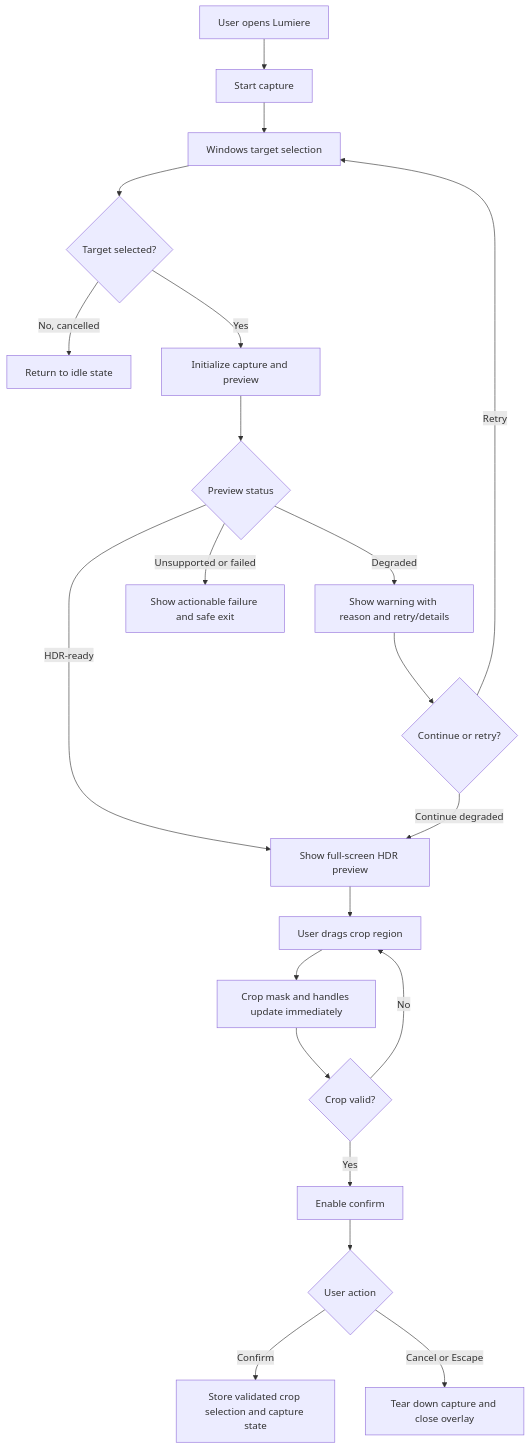
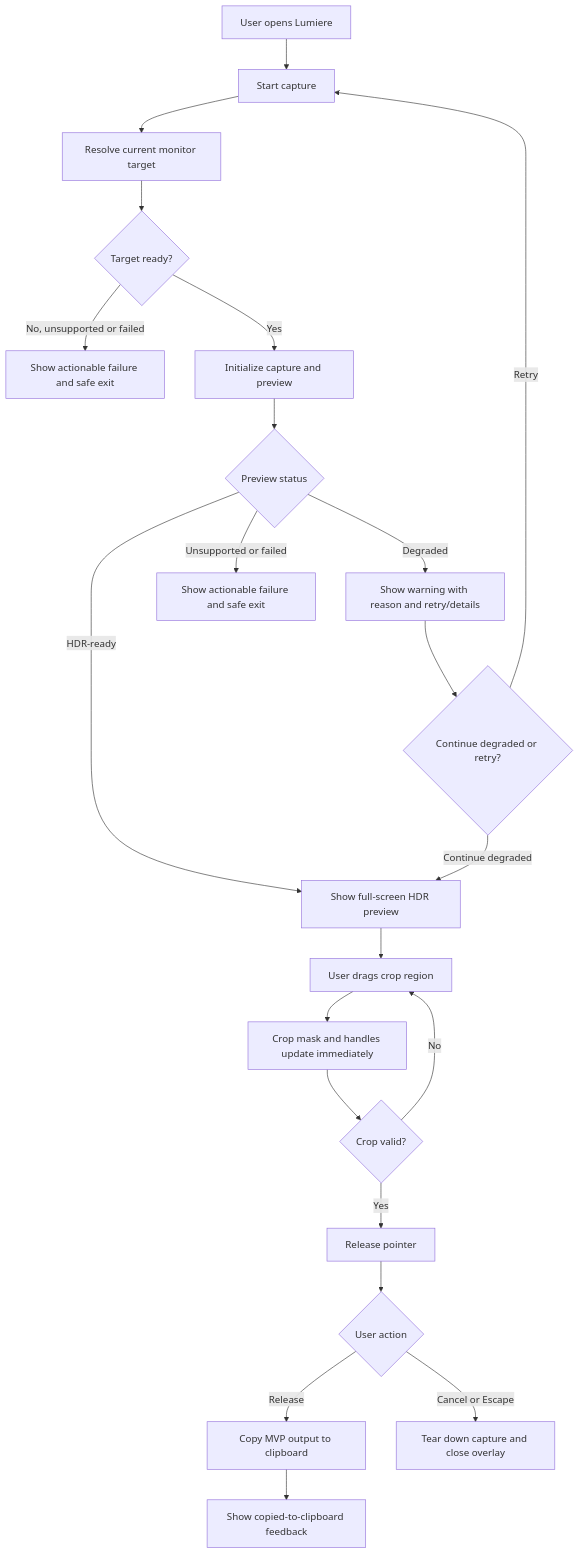
Before and after one commit to Mournerliao/lumiere: the first of 4 diagrams in _bmad-output/planning-artifacts/ux-design-specification.md, drawn with Mermaid. The commit also changed other lines of this file and 14 other files, not shown here.

Commit message:
docs: rebaseline mvp roadmap

````diff
--- a/_bmad-output/planning-artifacts/ux-design-specification.md
+++ b/_bmad-output/planning-artifacts/ux-design-specification.md
@@ -687,23 +703,24 @@
 ```mermaid
 flowchart TD
     A["User opens Lumiere"] --> B["Start capture"]
-    B --> C["Windows target selection"]
-    C --> D{Target selected?}
-    D -- "No, cancelled" --> E["Return to idle state"]
+    B --> C["Resolve current monitor target"]
+    C --> D{Target ready?}
+    D -- "No, unsupported or failed" --> E["Show actionable failure and safe exit"]
     D -- "Yes" --> F["Initialize capture and preview"]
     F --> G{Preview status}
     G -- "HDR-ready" --> H["Show full-screen HDR preview"]
     G -- "Degraded" --> I["Show warning with reason and retry/details"]
     G -- "Unsupported or failed" --> J["Show actionable failure and safe exit"]
-    I --> K{Continue or retry?}
-    K -- "Retry" --> C
+    I --> K{Continue degraded or retry?}
+    K -- "Retry" --> B
     K -- "Continue degraded" --> H
     H --> L["User drags crop region"]
     L --> M["Crop mask and handles update immediately"]
     M --> N{Crop valid?}
     N -- "No" --> L
-    N -- "Yes" --> O["Enable confirm"]
+    N -- "Yes" --> O["Release pointer"]
     O --> P{User action}
-    P -- "Confirm" --> Q["Store validated crop selection and capture state"]
+    P -- "Release" --> Q["Copy MVP output to clipboard"]
     P -- "Cancel or Escape" --> R["Tear down capture and close overlay"]
+    Q --> S["Show copied-to-clipboard feedback"]
 ```
````
